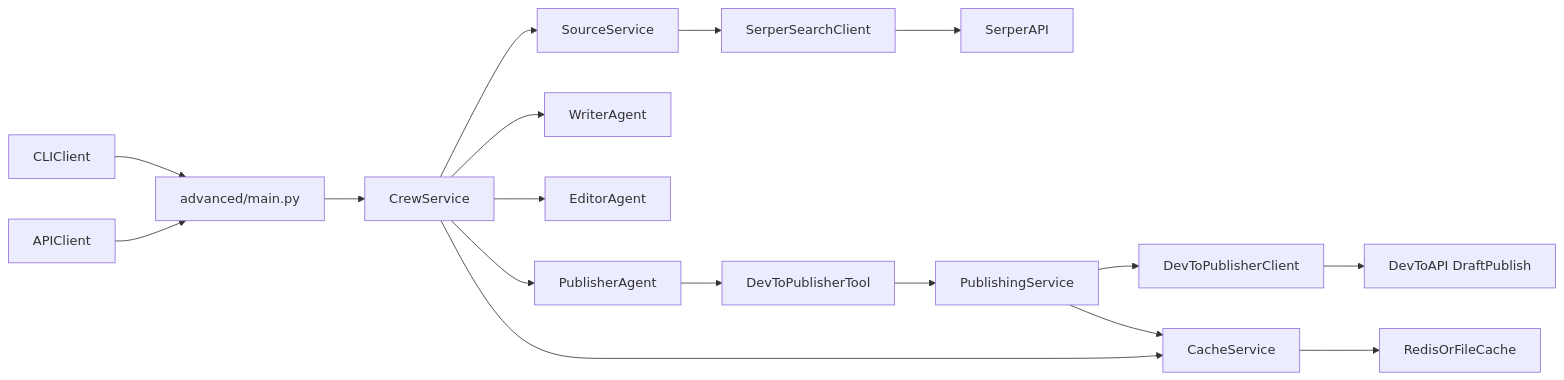
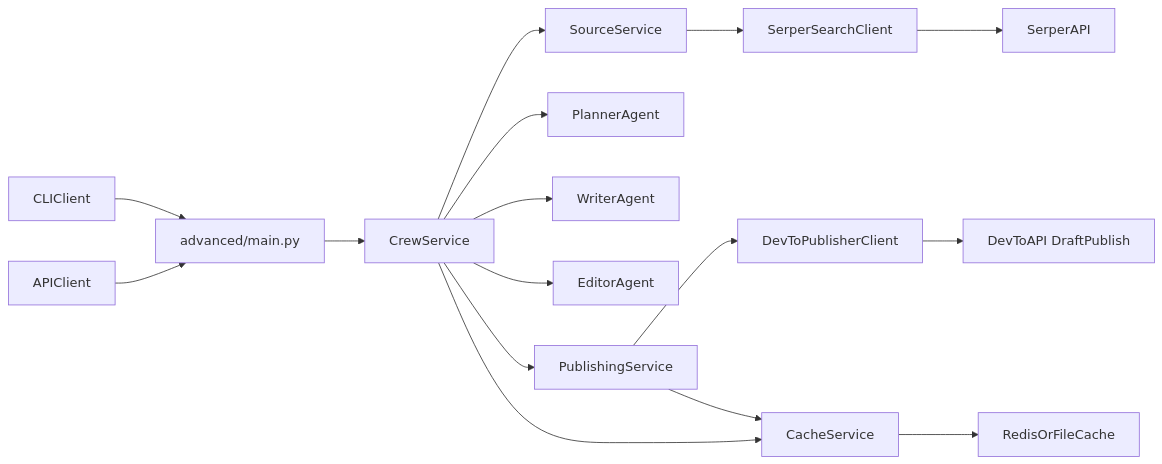
Before and after one commit to satishing/blogging-agent: the diagram in README.md, drawn with Mermaid. The commit also changed 10 other files, not shown here.

Commit message:
Refactor publishing logic to remove publisher agent and enforce deterministic publishing via PublishingService; update related imports and documentation

````diff
--- a/README.md
+++ b/README.md
@@ -26,19 +26,18 @@
 ```mermaid
 flowchart LR
 cliClient[CLIClient] --> appMain[advanced/main.py]
 apiClient[APIClient] --> appMain
 appMain --> crewService[CrewService]
 crewService --> sourceService[SourceService]
 sourceService --> searchClient[SerperSearchClient]
 searchClient --> serperAPI[SerperAPI]
+crewService --> plannerAgent[PlannerAgent]
 crewService --> writerAgent[WriterAgent]
 crewService --> editorAgent[EditorAgent]
-crewService --> publisherAgent[PublisherAgent]
-publisherAgent --> publishTool[DevToPublisherTool]
-publishTool --> publishingService[PublishingService]
+crewService --> publishingService[PublishingService]
 publishingService --> devtoClient[DevToPublisherClient]
 devtoClient --> devtoAPI[DevToAPI DraftPublish]
 crewService --> cacheService[CacheService]
 cacheService --> redisOrFile[RedisOrFileCache]
 publishingService --> cacheService
 ```
````
